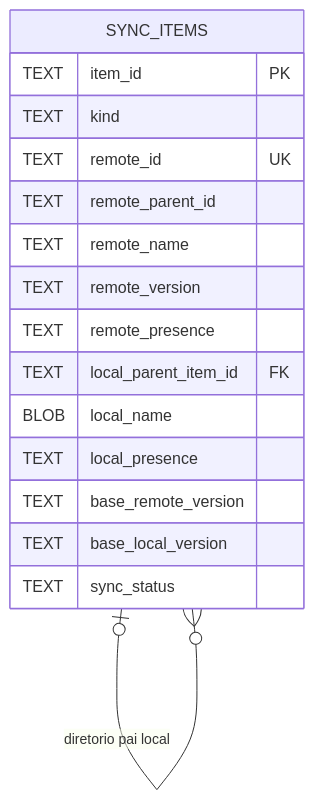
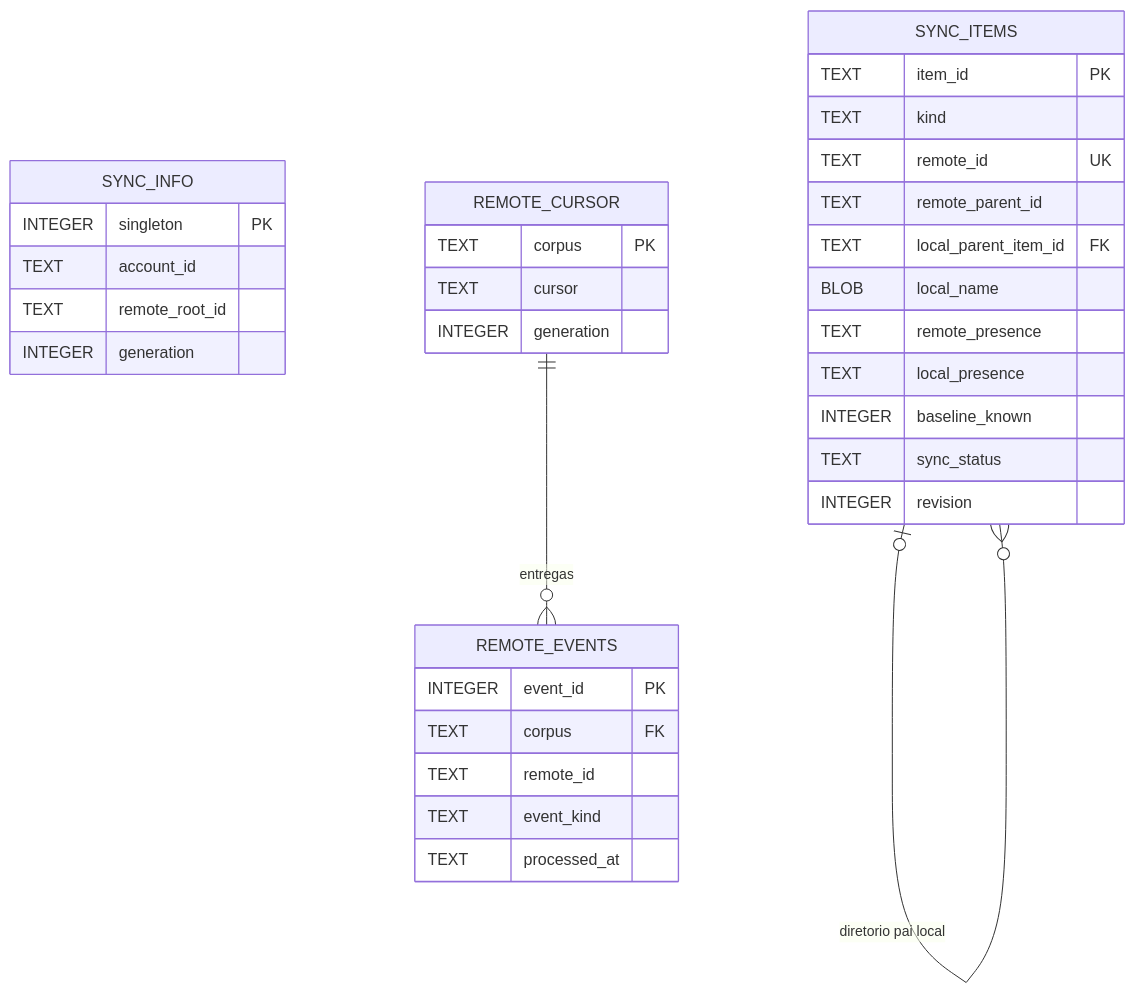
Before and after one commit to rafatosta/drivesync: the diagram in docs/DATA_MODEL.md, drawn with Mermaid. The commit also changed other lines of this file, not shown here.

Commit message:
docs: specify DriveSync data model as standalone architecture contract

````diff
--- a/docs/DATA_MODEL.md
+++ b/docs/DATA_MODEL.md
@@ -184,19 +237,36 @@
 ```mermaid
 erDiagram
+    SYNC_INFO {
+        INTEGER singleton PK
+        TEXT account_id
+        TEXT remote_root_id
+        INTEGER generation
+    }
     SYNC_ITEMS {
         TEXT item_id PK
         TEXT kind
         TEXT remote_id UK
         TEXT remote_parent_id
-        TEXT remote_name
-        TEXT remote_version
-        TEXT remote_presence
         TEXT local_parent_item_id FK
         BLOB local_name
+        TEXT remote_presence
         TEXT local_presence
-        TEXT base_remote_version
-        TEXT base_local_version
+        INTEGER baseline_known
         TEXT sync_status
+        INTEGER revision
+    }
+    REMOTE_CURSOR {
+        TEXT corpus PK
+        TEXT cursor
+        INTEGER generation
+    }
+    REMOTE_EVENTS {
+        INTEGER event_id PK
+        TEXT corpus FK
+        TEXT remote_id
+        TEXT event_kind
+        TEXT processed_at
     }
     SYNC_ITEMS o|--o{ SYNC_ITEMS : "diretorio pai local"
+    REMOTE_CURSOR ||--o{ REMOTE_EVENTS : "entregas"
 ```
````
